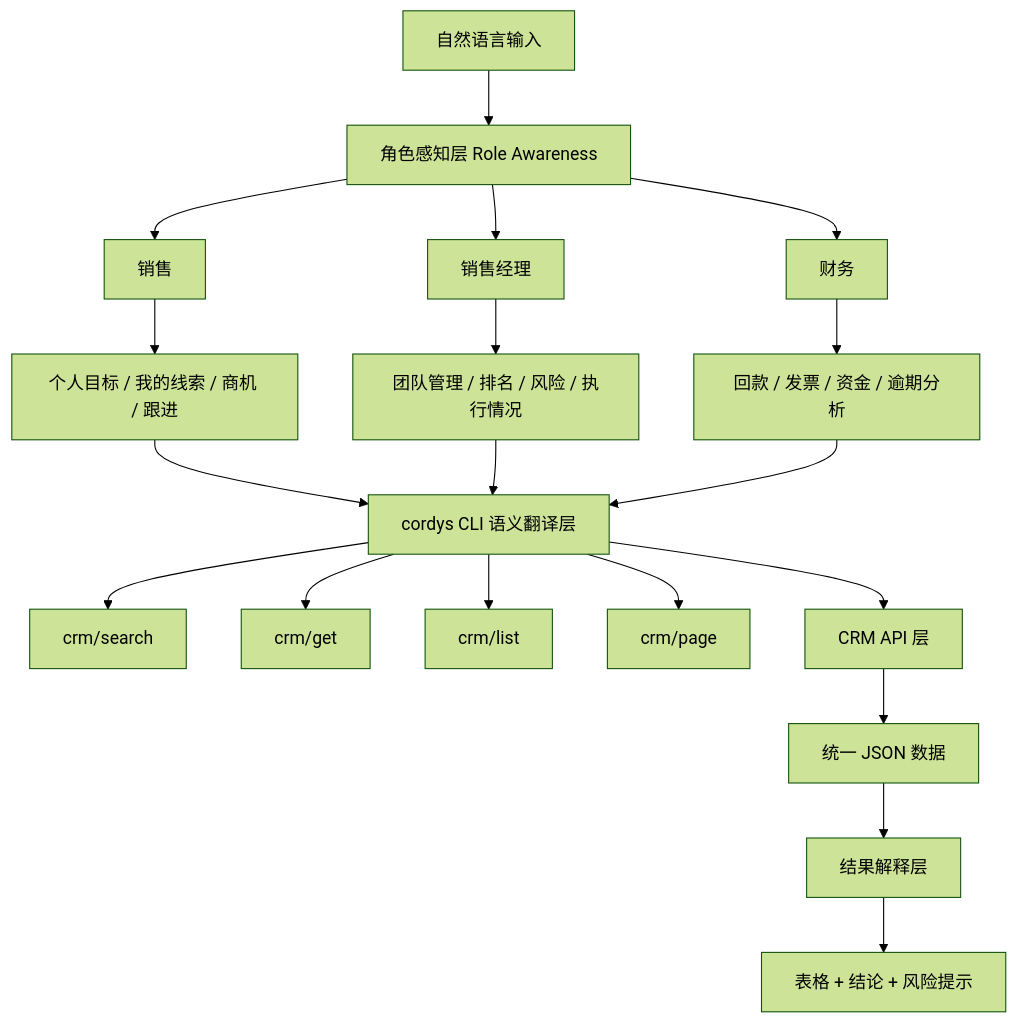
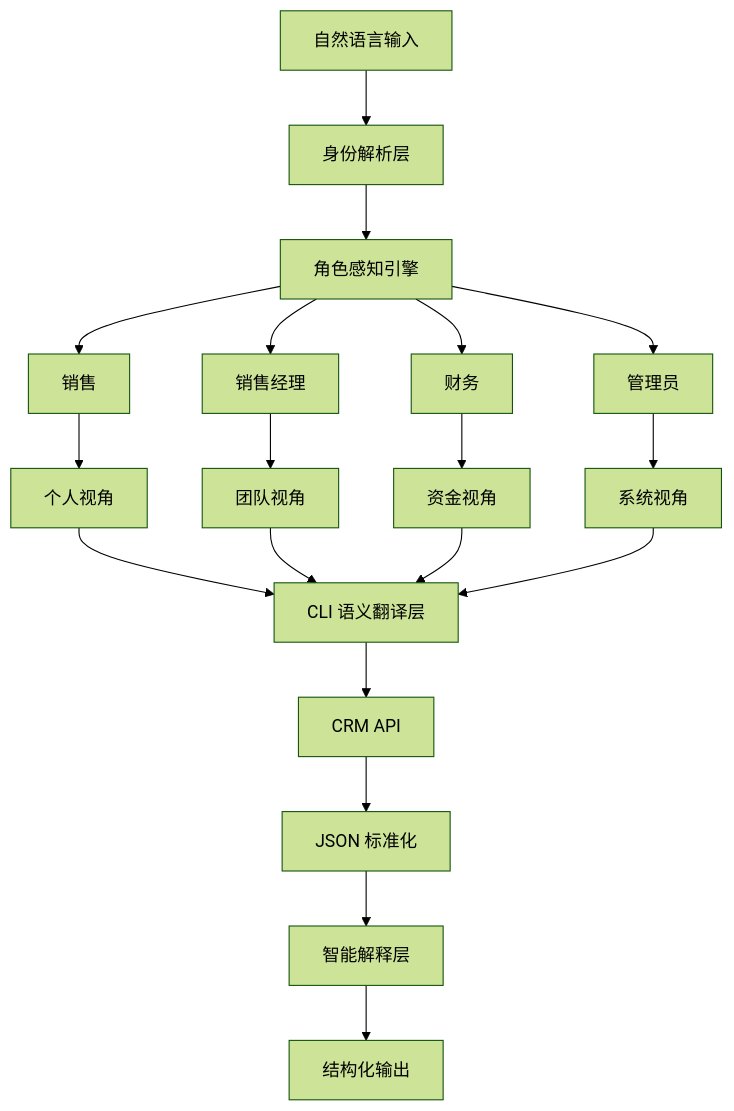
The diagram in README.md (1Panel-dev/CordysCRM-skills), drawn with Mermaid (forest theme) before and after one commit. The commit also changed other lines of this file and 8 other files, not shown here.

````diff
--- a/README.md
+++ b/README.md
@@ -40,29 +32,30 @@
-```mermaid id="m3c9aa"
+```mermaid
 flowchart TD
 
-    A[自然语言输入] --> B[角色感知层 Role Awareness]
+A[自然语言输入] --> B[身份解析层]
 
-    B --> B1[销售]
-    B --> B2[销售经理]
-    B --> B3[财务]
+B --> C[角色感知引擎]
 
-    B1 --> C1[个人目标 / 我的线索 / 商机 / 跟进]
-    B2 --> C2[团队管理 / 排名 / 风险 / 执行情况]
-    B3 --> C3[回款 / 发票 / 资金 / 逾期分析]
+C --> C1[销售]
+C --> C2[销售经理]
+C --> C3[财务]
+C --> C4[管理员]
 
-    C1 --> D[cordys CLI 语义翻译层]
-    C2 --> D
-    C3 --> D
+C1 --> D1[个人视角]
+C2 --> D2[团队视角]
+C3 --> D3[资金视角]
+C4 --> D4[系统视角]
 
-    D --> D1[crm/search]
-    D --> D2[crm/get]
-    D --> D3[crm/list]
-    D --> D4[crm/page]
+D1 --> E[CLI 语义翻译层]
+D2 --> E
+D3 --> E
+D4 --> E
 
-    D --> E[CRM API 层]
+E --> F[CRM API]
 
-    E --> F[统一 JSON 数据]
+F --> G[JSON 标准化]
 
-    F --> G[结果解释层]
-    G --> H[表格 + 结论 + 风险提示]
+G --> H[智能解释层]
+
+H --> I[结构化输出]
 ```
````
